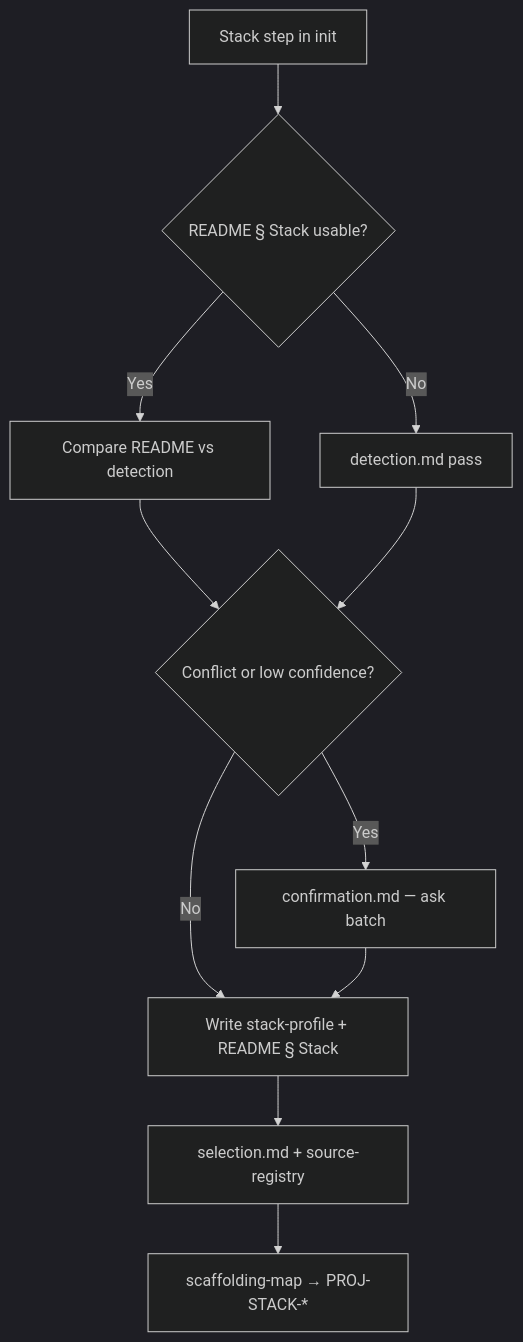
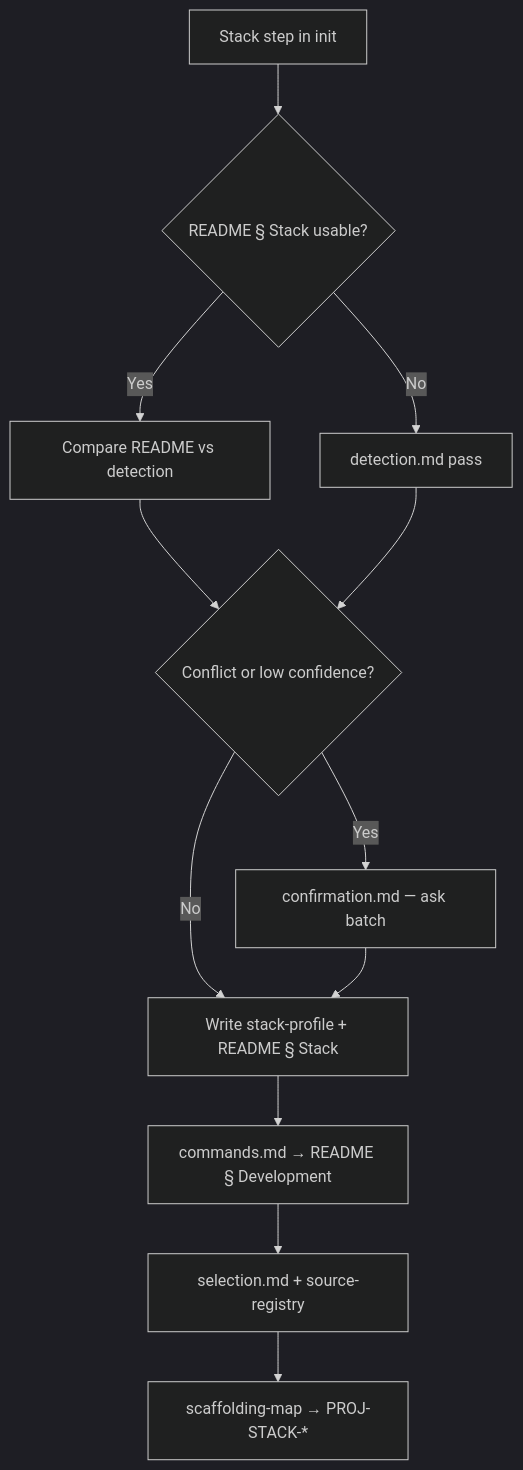
Before and after one commit to pixelsailor/jarvis: the diagram in docs/stack-scaffolding/README.md, drawn with Mermaid (dark theme). The commit also changed other lines of this file and 16 other files, not shown here.

````diff
--- a/docs/stack-scaffolding/README.md
+++ b/docs/stack-scaffolding/README.md
@@ -30,13 +32,14 @@
 ```mermaid
 flowchart TD
   start[Stack step in init] --> readme{README § Stack usable?}
   readme -->|Yes| compare[Compare README vs detection]
   readme -->|No| detect[detection.md pass]
   compare --> conflict{Conflict or low confidence?}
   detect --> conflict
   conflict -->|Yes| confirm[confirmation.md — ask batch]
   conflict -->|No| record[Write stack-profile + README § Stack]
   confirm --> record
-  record --> select[selection.md + source-registry]
+  record --> cmds[commands.md → README § Development]
+  cmds --> select[selection.md + source-registry]
   select --> map[scaffolding-map → PROJ-STACK-*]
 ```
````
